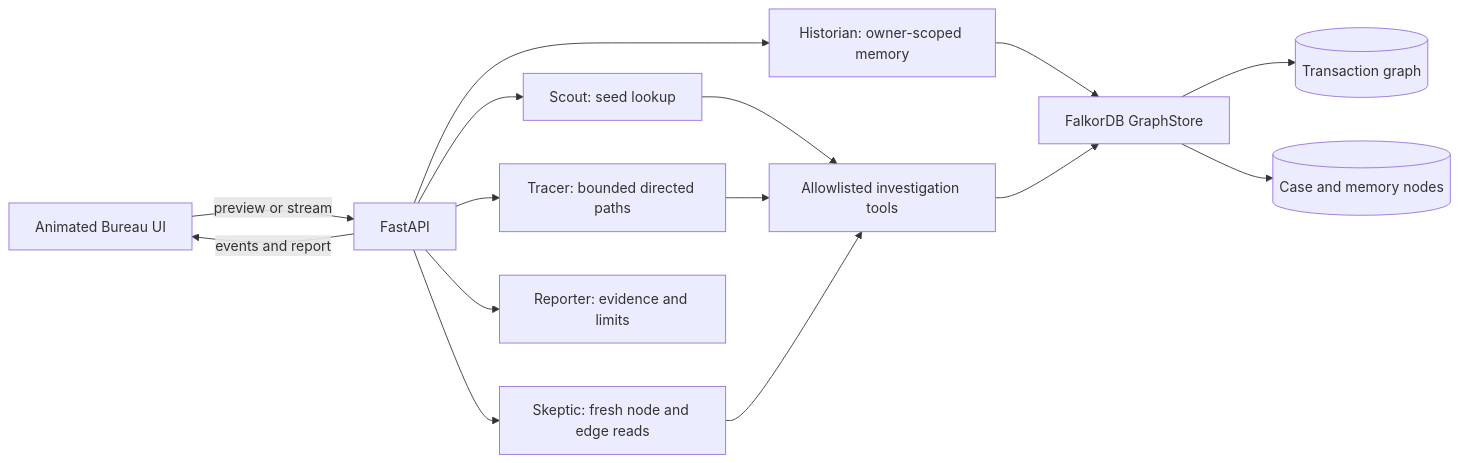
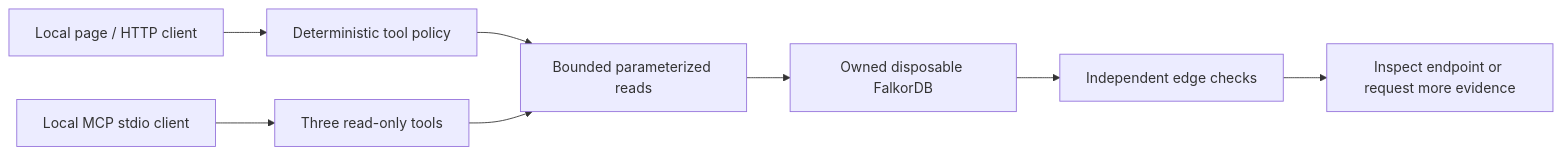
Before and after one commit to Meet547/Vesper: the diagram in docs/ARCHITECTURE.md, drawn with Mermaid. The commit also changed other lines of this file and 37 other files, not shown here.

````diff
--- a/docs/ARCHITECTURE.md
+++ b/docs/ARCHITECTURE.md
@@ -5,17 +5,10 @@
 ```mermaid
 flowchart LR
-  Browser[Animated Bureau UI] -->|preview or stream| API[FastAPI]
-  API --> Scout[Scout: seed lookup]
-  API --> Tracer[Tracer: bounded directed paths]
-  API --> Hist[Historian: owner-scoped memory]
-  API --> Skeptic[Skeptic: fresh node and edge reads]
-  API --> Reporter[Reporter: evidence and limits]
-  Scout --> Tools[Allowlisted investigation tools]
-  Tracer --> Tools
-  Hist --> Store[FalkorDB GraphStore]
-  Skeptic --> Tools
-  Tools --> Store
-  Store --> Graph[(Transaction graph)]
-  Store --> Memory[(Case and memory nodes)]
-  API -->|events and report| Browser
+    UI[Local page / HTTP client] --> Policy[Deterministic tool policy]
+    Policy --> Reads[Bounded parameterized reads]
+    MCP[Local MCP stdio client] --> Tools[Three read-only tools]
+    Tools --> Reads
+    Reads --> DB[Owned disposable FalkorDB]
+    DB --> Checks[Independent edge checks]
+    Checks --> Action[Inspect endpoint or request more evidence]
 ```
````
